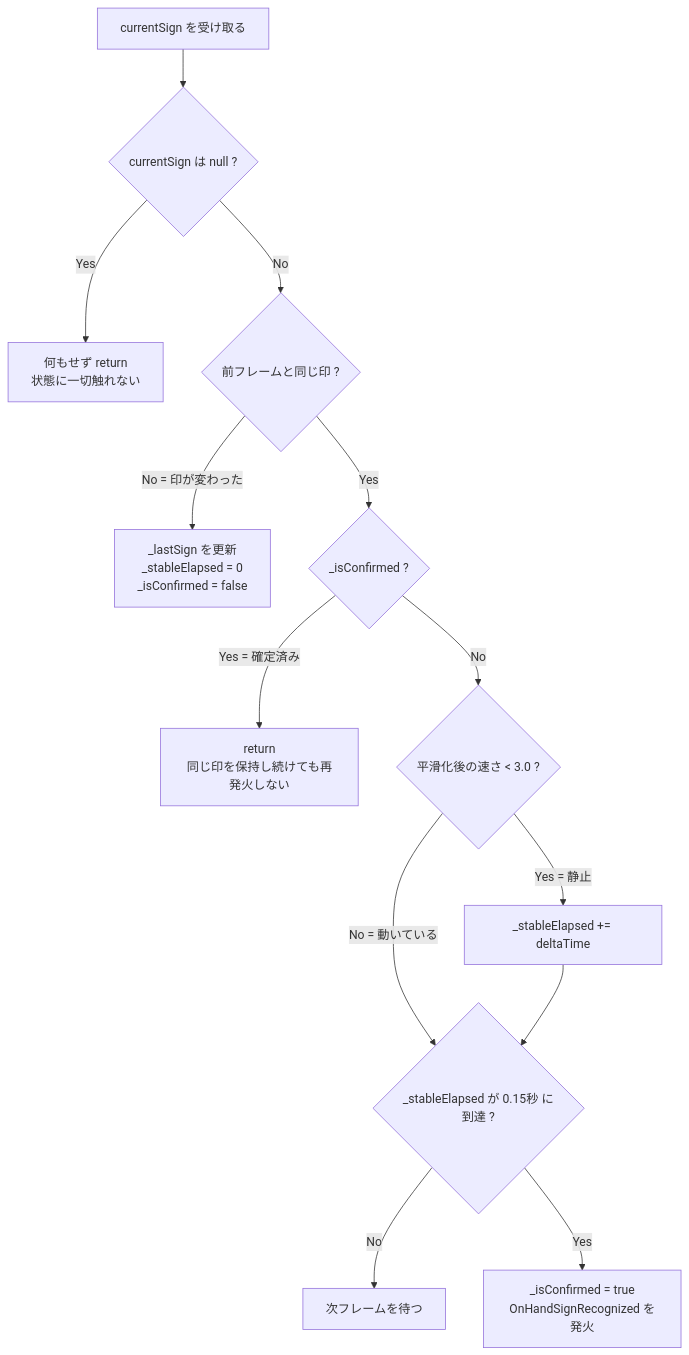
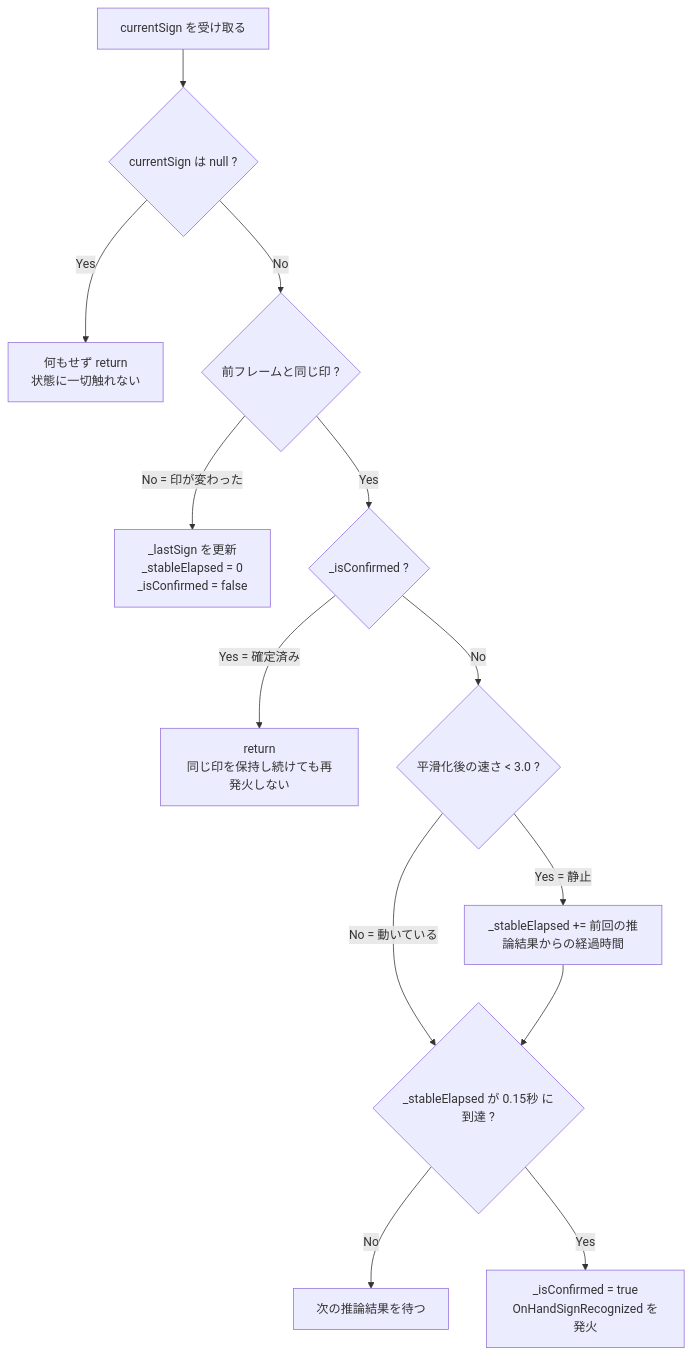
The third of 3 diagrams in MUDRA/docs/architecture/01_hand_input.md (Kapi0622/MUDRA), drawn with Mermaid before and after one commit. The commit also changed other lines of this file and 4 other files, not shown here.

````diff
--- a/MUDRA/docs/architecture/01_hand_input.md
+++ b/MUDRA/docs/architecture/01_hand_input.md
@@ -282,15 +288,15 @@
 ```mermaid
 flowchart TD
     IN["currentSign を受け取る"] --> Q1{"currentSign は null ?"}
     Q1 -->|"Yes"| R1["何もせず return<br/>状態に一切触れない"]
     Q1 -->|"No"| Q2{"前フレームと同じ印 ?"}
     Q2 -->|"No = 印が変わった"| RESET["_lastSign を更新<br/>_stableElapsed = 0<br/>_isConfirmed = false"]
     Q2 -->|"Yes"| Q3{"_isConfirmed ?"}
     Q3 -->|"Yes = 確定済み"| R2["return<br/>同じ印を保持し続けても再発火しない"]
     Q3 -->|"No"| QS{"平滑化後の速さ < 3.0 ?"}
-    QS -->|"Yes = 静止"| INC["_stableElapsed += deltaTime"]
+    QS -->|"Yes = 静止"| INC["_stableElapsed += 前回の推論結果からの経過時間"]
     QS -->|"No = 動いている"| Q4
     INC --> Q4{"_stableElapsed が 0.15秒 に到達 ?"}
-    Q4 -->|"No"| WAIT["次フレームを待つ"]
+    Q4 -->|"No"| WAIT["次の推論結果を待つ"]
     Q4 -->|"Yes"| FIRE["_isConfirmed = true<br/>OnHandSignRecognized を発火"]
 ```
````
